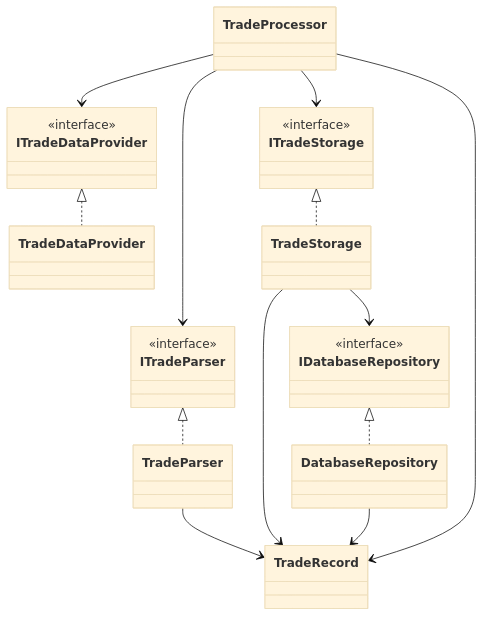
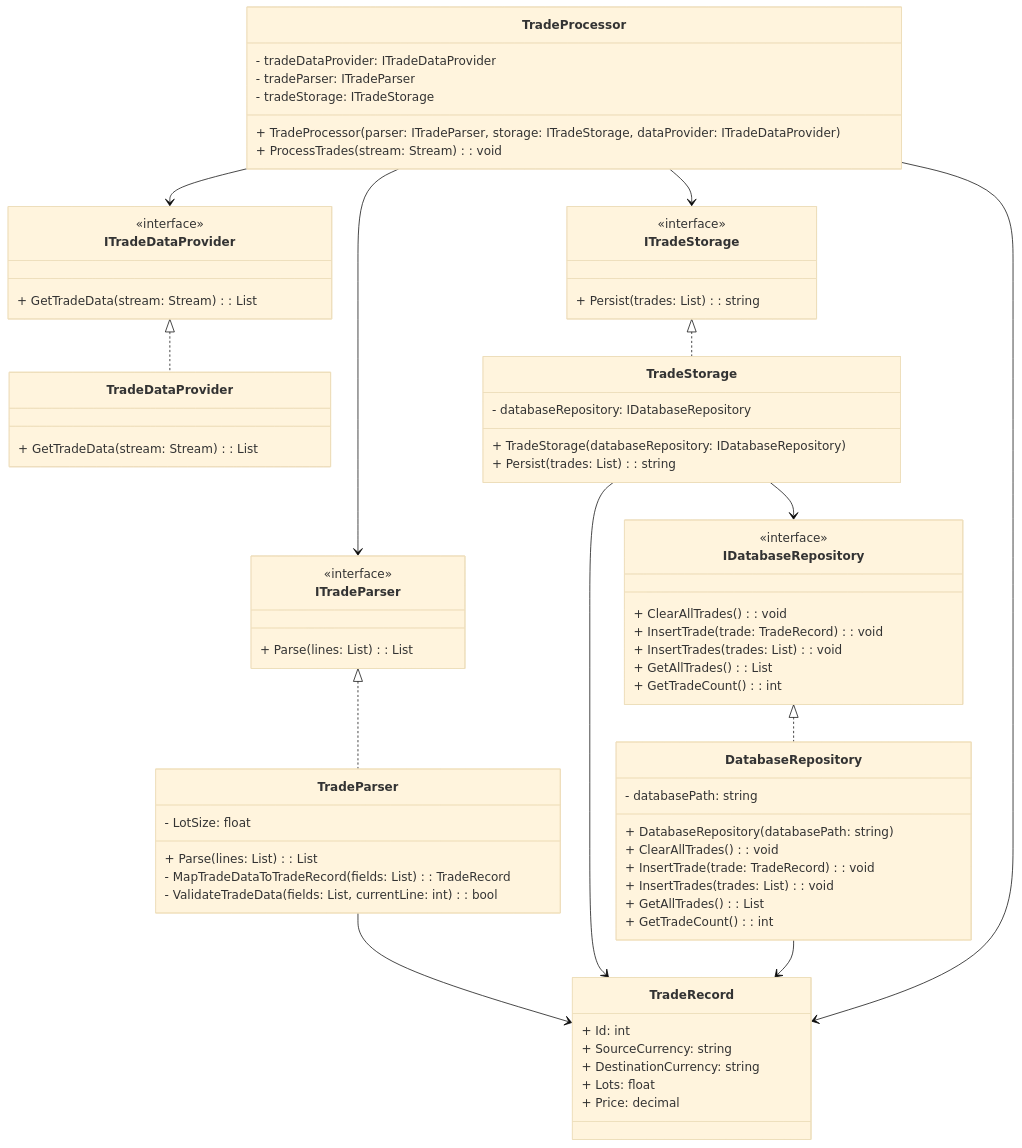
The diagram in solid-project-1/After.mmd (Shane-Wilson-class/solid-project-1), drawn with Mermaid (base theme) before and after one commit.

Commit message:
Enhance After.mmd diagram by adding detailed class definitions for TradeDataProvider, TradeParser, TradeStorage, DatabaseRepository, TradeProcessor, and TradeRecord, along with their respective methods and properties.

```diff
--- a/solid-project-1/After.mmd
+++ b/solid-project-1/After.mmd
@@ -1,36 +1,75 @@
 classDiagram
 direction TB
 class ITradeDataProvider {
   <<interface>>
+  + GetTradeData(stream: Stream): List
 }
 class ITradeParser {
   <<interface>>
+  + Parse(lines: List): List
 }
 class ITradeStorage {
   <<interface>>
+  + Persist(trades: List): string
 }
 class IDatabaseRepository {
   <<interface>>
+  + ClearAllTrades(): void
+  + InsertTrade(trade: TradeRecord): void
+  + InsertTrades(trades: List): void
+  + GetAllTrades(): List
+  + GetTradeCount(): int
 }
 
-class TradeDataProvider
-class TradeParser
-class TradeStorage
-class DatabaseRepository
-class TradeProcessor
-class TradeRecord
+class TradeDataProvider {
+  + GetTradeData(stream: Stream): List
+}
+class TradeParser {
+  - LotSize: float
+  + Parse(lines: List): List
+  - MapTradeDataToTradeRecord(fields: List): TradeRecord
+  - ValidateTradeData(fields: List, currentLine: int): bool
+}
+class TradeStorage {
+  - databaseRepository: IDatabaseRepository
+  + TradeStorage(databaseRepository: IDatabaseRepository)
+  + Persist(trades: List): string
+}
+class DatabaseRepository {
+  - databasePath: string
+  + DatabaseRepository(databasePath: string)
+  + ClearAllTrades(): void
+  + InsertTrade(trade: TradeRecord): void
+  + InsertTrades(trades: List): void
+  + GetAllTrades(): List
+  + GetTradeCount(): int
+}
+class TradeProcessor {
+  - tradeDataProvider: ITradeDataProvider
+  - tradeParser: ITradeParser
+  - tradeStorage: ITradeStorage
+  + TradeProcessor(parser: ITradeParser, storage: ITradeStorage, dataProvider: ITradeDataProvider)
+  + ProcessTrades(stream: Stream): void
+}
+class TradeRecord {
+  + Id: int
+  + SourceCurrency: string
+  + DestinationCurrency: string
+  + Lots: float
+  + Price: decimal
+}
 
 ITradeDataProvider <|.. TradeDataProvider
 ITradeParser <|.. TradeParser
 ITradeStorage <|.. TradeStorage
 IDatabaseRepository <|.. DatabaseRepository
 
 TradeProcessor --> ITradeDataProvider
 TradeProcessor --> ITradeParser
 TradeProcessor --> ITradeStorage
 TradeStorage --> IDatabaseRepository
 
 TradeParser --> TradeRecord
 TradeStorage --> TradeRecord
 DatabaseRepository --> TradeRecord
 TradeProcessor --> TradeRecord
```
